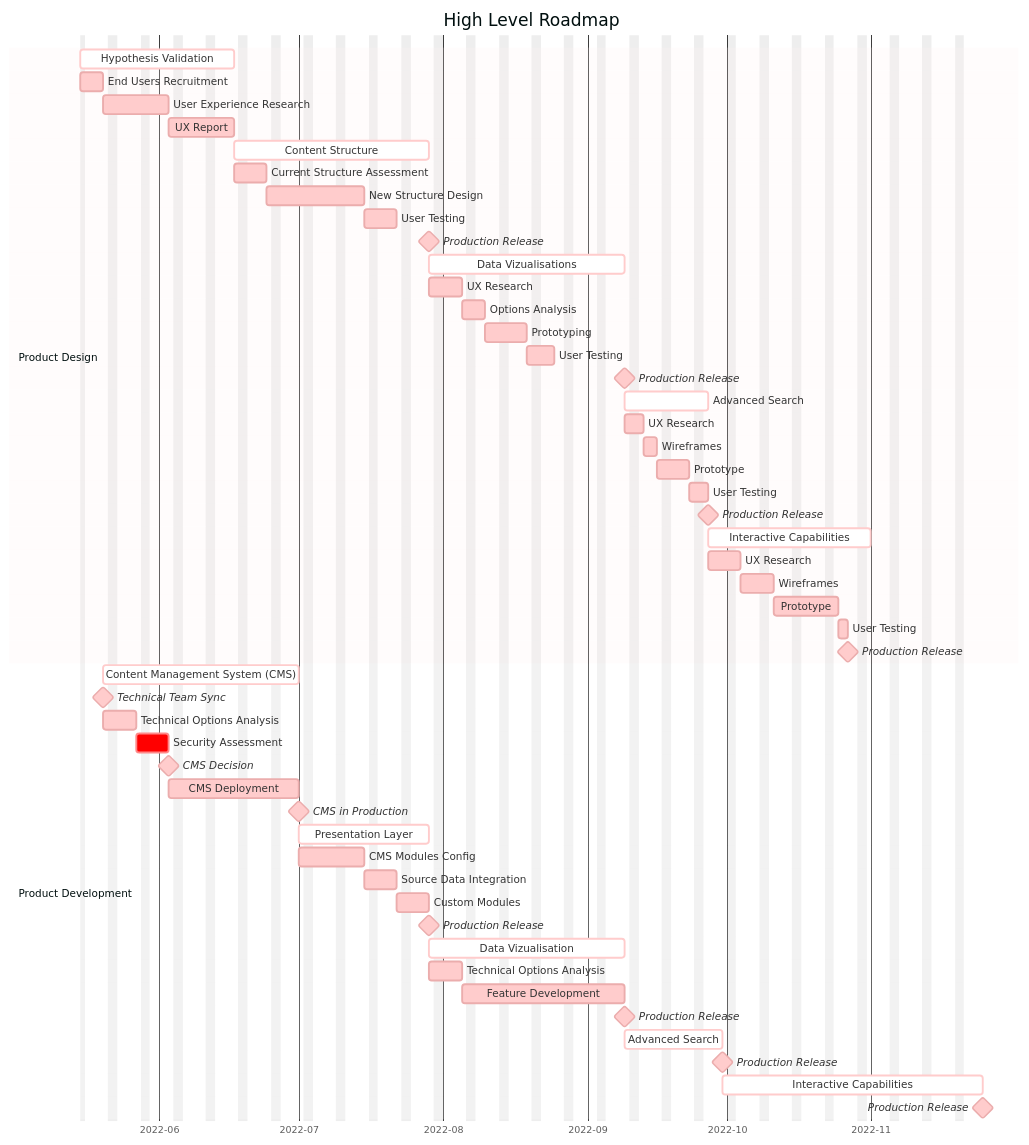
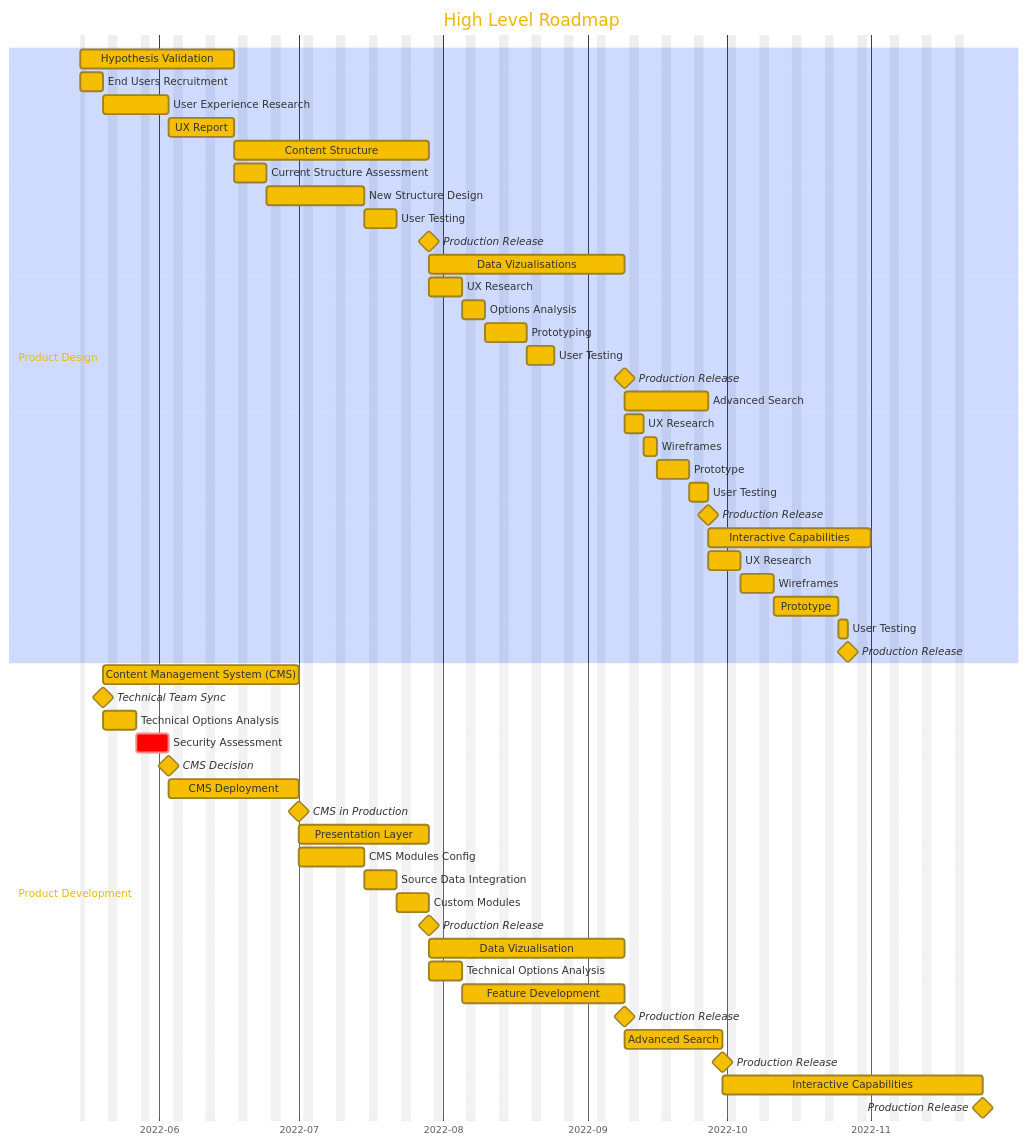
Before and after one commit to cds-snc/consultation-references: the diagram in base-product-roadmap.md, drawn with Mermaid.

Commit message:
Change default style

````diff
--- a/base-product-roadmap.md
+++ b/base-product-roadmap.md
@@ -17,71 +17,71 @@
 ```mermaid
-%%{init: {'theme': 'base', 'themeVariables': { 'primaryColor': '#ffcccc', 'edgeLabelBackground':'#ffffee', 'tertiaryColor': '#fff0f0', 'fontSize': '20px'}}}%%
+%%{init: {'theme': 'base', 'themeVariables': { 'family-font': '\"Source Sans Pro\", sans-serif', 'primaryColor': '#F6BE00' }, 'themeCSS': ".taskText { font-size:13px;} .taskTextOutsideRight { font-size:13px; fill: #F6BE00; text-shadow: 0.5px 0.5px 0.5px black; } "}}%%
 gantt
     title High Level Roadmap
     dateFormat  YYYY-MM-DD
     axisFormat  %Y-%m
     excludes    weekends
 
     section Product Design
 
-    Hypothesis Validation               :active,  des1, 2022-05-15, 25d
+    Hypothesis Validation               :  des1, 2022-05-15, 25d
     End Users Recruitment               :2022-05-15, 5d
     User Experience Research            :10d
     UX Report                           :10d
 
-    Content Structure                   :active, des2, after des1,  30d
+    Content Structure                   : des2, after des1,  30d
     Current Structure Assessment        :des2a, after des1, 5d
     New Structure Design                :15d
     User Testing                        :5d
     Production Release                  :milestone, mil1, after des2, 0d
     
-    Data Vizualisations             :active, des3, after mil1, 30d
+    Data Vizualisations             : des3, after mil1, 30d
     UX Research                     :after mil1, 5d
     Options Analysis                :3d
     Prototyping                     :7d
     User Testing                    :4d
     Production Release              :milestone, mil2, after des3, 0d
     
-    Advanced Search                 :active, des4, after des3, 12d
+    Advanced Search                 : des4, after des3, 12d
     UX Research                     :after des3, 2d
     Wireframes                      :3d
     Prototype                       :5d
     User Testing                    :2d
     Production Release              :milestone, 0d
 
-    Interactive Capabilities            :active, des5, after des4, 25d
+    Interactive Capabilities            : des5, after des4, 25d
     UX Research                         :after des4, 5d
     Wireframes                          :5d
     Prototype                           :10d
     User Testing                        :2d
     Production Release                  :milestone, 0d
 
 
     section Product Development
 
-    Content Management System (CMS) :active, dev1, 2022-05-20, 30d
+    Content Management System (CMS) : dev1, 2022-05-20, 30d
     Technical Team Sync: milestone, 2022-05-20, 0d
     Technical Options Analysis :2022-05-20, 5d
     Security Assessment          :crit,  5d
     CMS Decision: milestone, 0d
     CMS Deployment      : 20d
     CMS in Production: milestone, 0d
     
-    Presentation Layer              :active, dev2, after dev1, 20d
+    Presentation Layer              : dev2, after dev1, 20d
     CMS Modules Config              :after dev1, 10d
     Source Data Integration         :5d
     Custom Modules                  :5d
     Production Release              :milestone, 0d
 
-    Data Vizualisation              :active, dev3, after dev2, 30d
+    Data Vizualisation              : dev3, after dev2, 30d
     Technical Options Analysis      :after dev2, 5d
     Feature Development             :25d
     Production Release              :milestone, 0d
 
-    Advanced Search                 :active, dev4, after dev3, 15d
+    Advanced Search                 : dev4, after dev3, 15d
     Production Release              : milestone, 0d
 
-    Interactive Capabilities        :active, dev5, after dev4, 40d
+    Interactive Capabilities        : dev5, after dev4, 40d
     Production Release              : milestone, 0d
     
 ```
````
